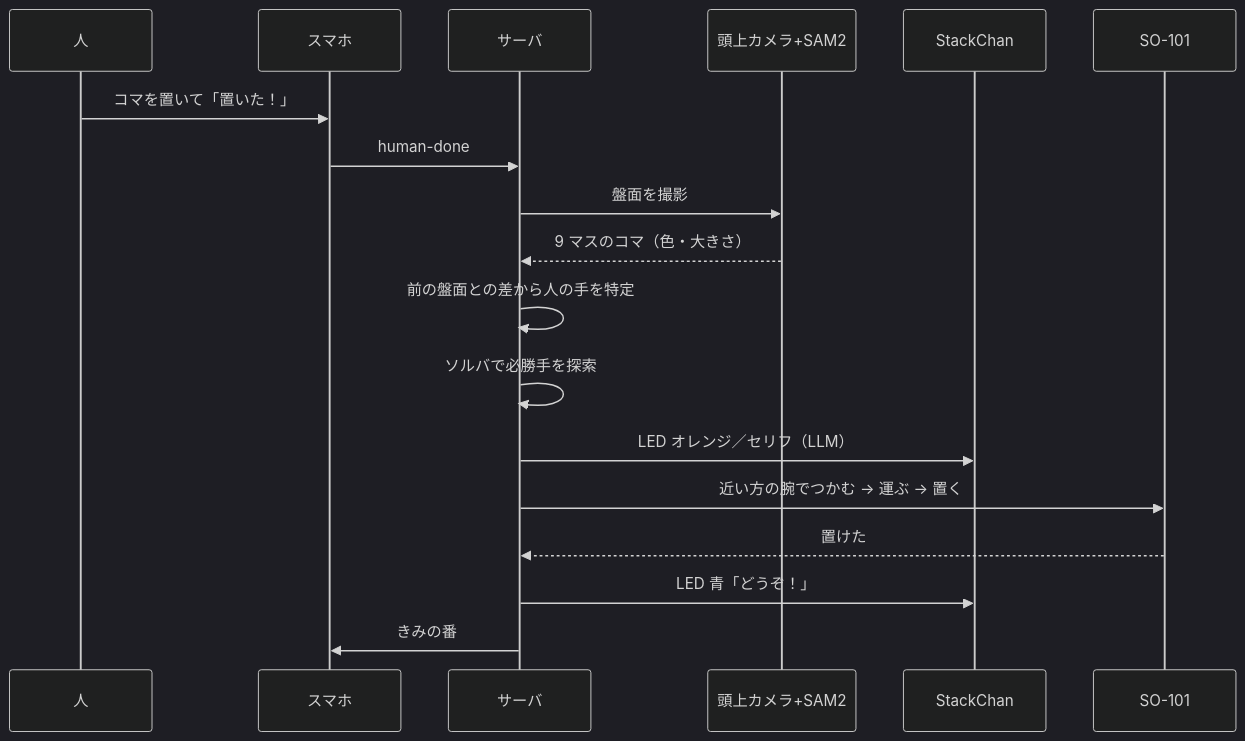
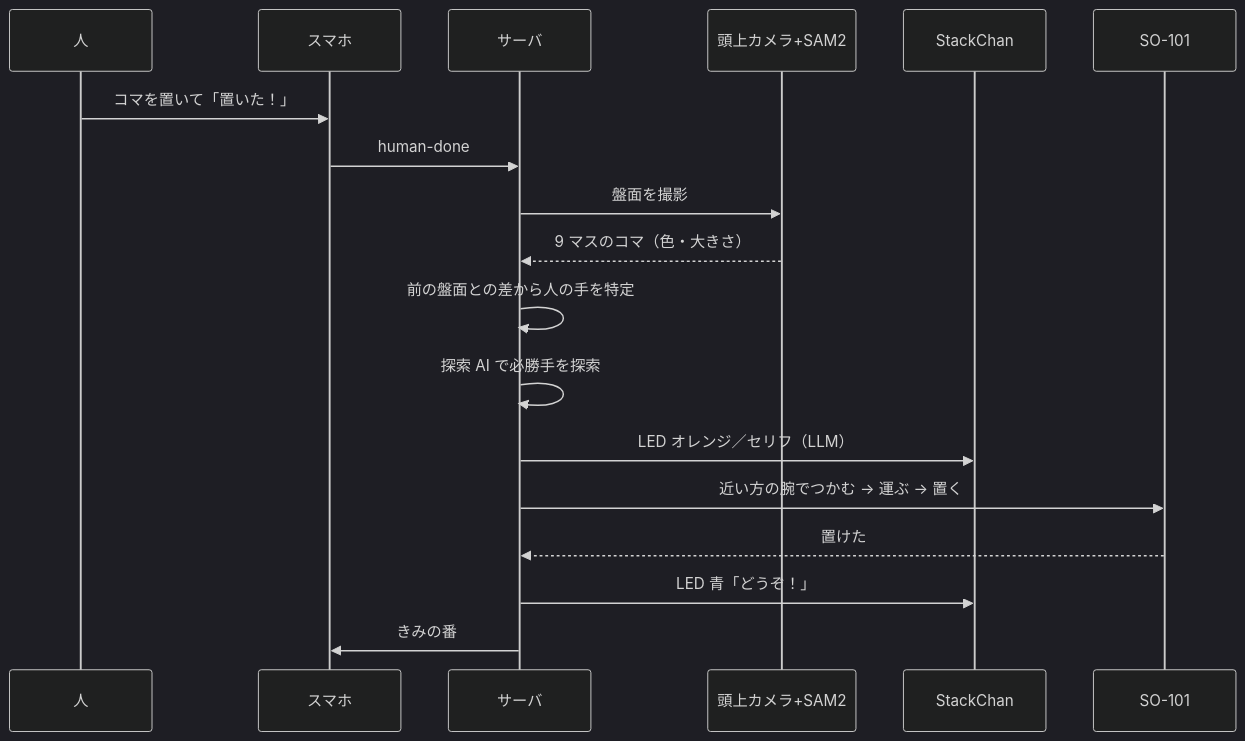
The second of 4 diagrams in README.md (tktm8/pai-final-tiramisu), drawn with Mermaid (dark theme) before and after one commit. The commit also changed other lines of this file, not shown here.

````diff
--- a/README.md
+++ b/README.md
@@ -58,20 +58,20 @@
 ```mermaid
 sequenceDiagram
     participant 人
     participant スマホ
     participant サーバ
     participant カメラ as 頭上カメラ+SAM2
     participant SC as StackChan
     participant アーム as SO-101
     人->>スマホ: コマを置いて「置いた！」
     スマホ->>サーバ: human-done
     サーバ->>カメラ: 盤面を撮影
     カメラ-->>サーバ: 9 マスのコマ（色・大きさ）
     サーバ->>サーバ: 前の盤面との差から人の手を特定
-    サーバ->>サーバ: ソルバで必勝手を探索
+    サーバ->>サーバ: 探索 AI で必勝手を探索
     サーバ->>SC: LED オレンジ／セリフ（LLM）
     サーバ->>アーム: 近い方の腕でつかむ → 運ぶ → 置く
     アーム-->>サーバ: 置けた
     サーバ->>SC: LED 青「どうぞ！」
     サーバ->>スマホ: きみの番
 ```
````
